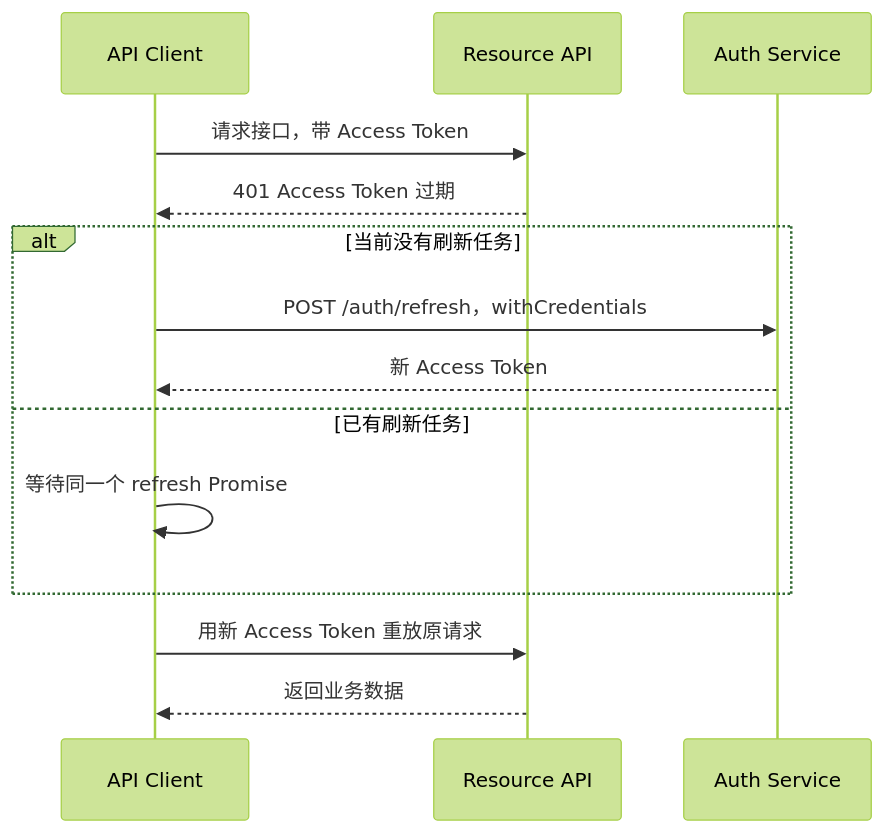
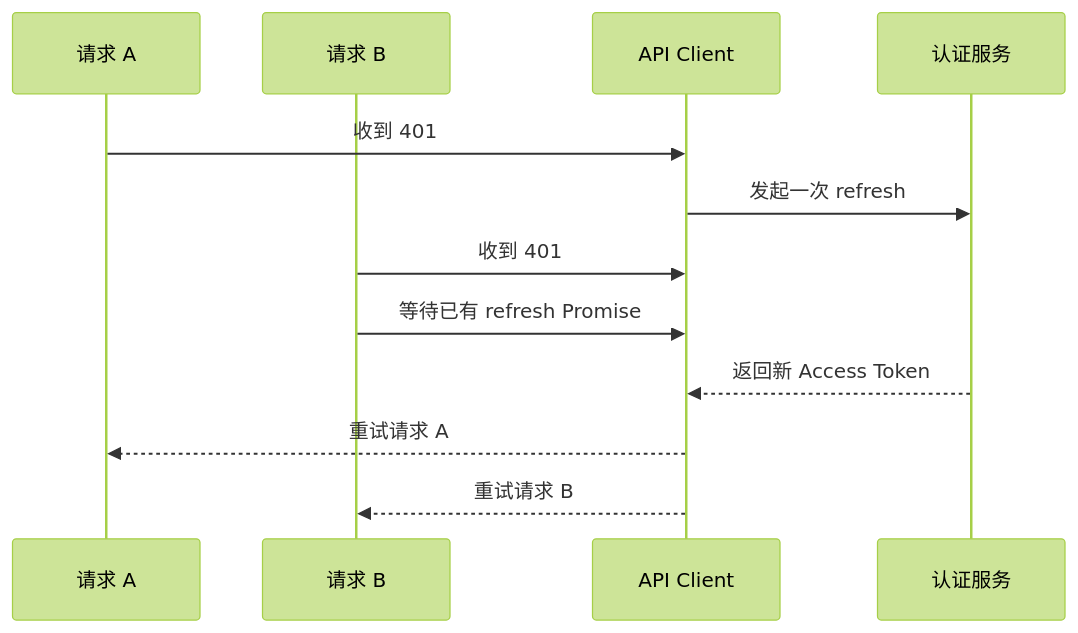
One commit to zeevenn/notes changed the third of 3 diagrams in docs/security/auth/jwt.md. Above: the diagram before and after it, drawn with Mermaid (forest theme). The commit also changed other lines of this file and 1 other file, not shown here.

````diff
--- a/docs/security/auth/jwt.md
+++ b/docs/security/auth/jwt.md
@@ -80,17 +181,15 @@
 ```mermaid
 sequenceDiagram
+  participant Q1 as 请求 A
+  participant Q2 as 请求 B
   participant C as API Client
-  participant R as Resource API
-  participant A as Auth Service
+  participant A as 认证服务
 
-  C->>R: 请求接口，带 Access Token
-  R-->>C: 401 Access Token 过期
-  alt 当前没有刷新任务
-    C->>A: POST /auth/refresh，withCredentials
-    A-->>C: 新 Access Token
-  else 已有刷新任务
-    C->>C: 等待同一个 refresh Promise
-  end
-  C->>R: 用新 Access Token 重放原请求
-  R-->>C: 返回业务数据
+  Q1->>C: 收到 401
+  C->>A: 发起一次 refresh
+  Q2->>C: 收到 401
+  Q2->>C: 等待已有 refresh Promise
+  A-->>C: 返回新 Access Token
+  C-->>Q1: 重试请求 A
+  C-->>Q2: 重试请求 B
 ```
````
